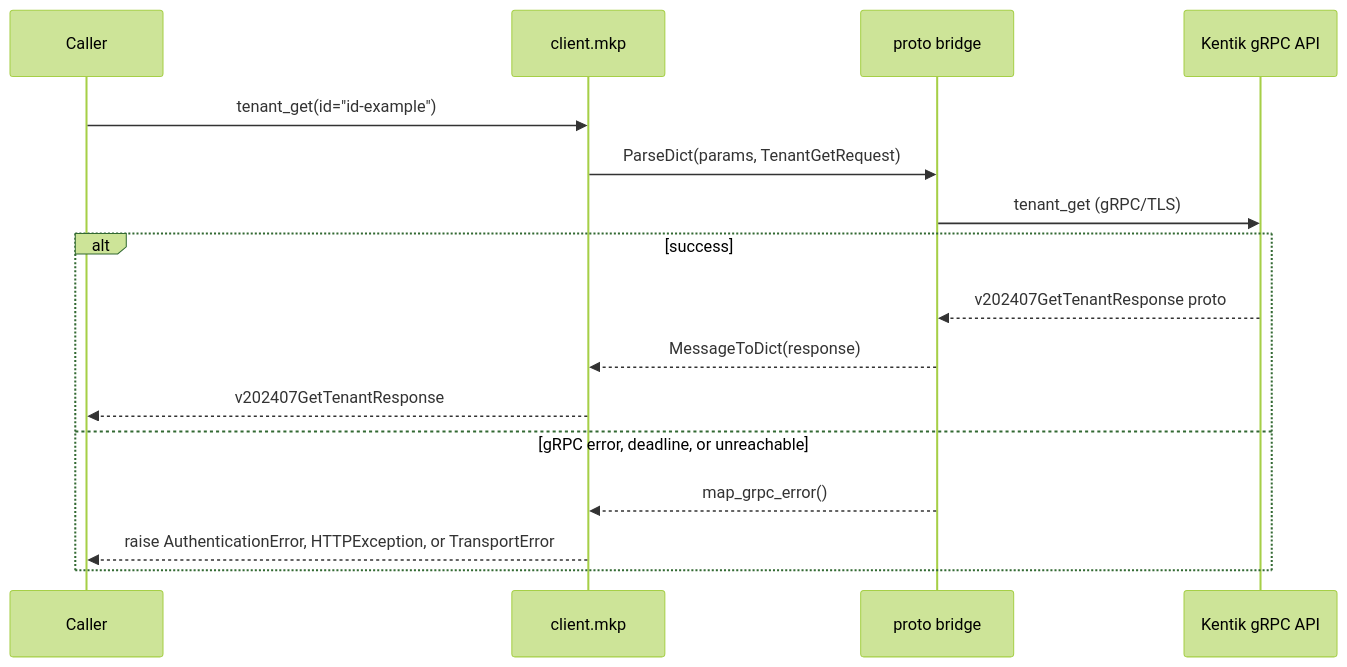
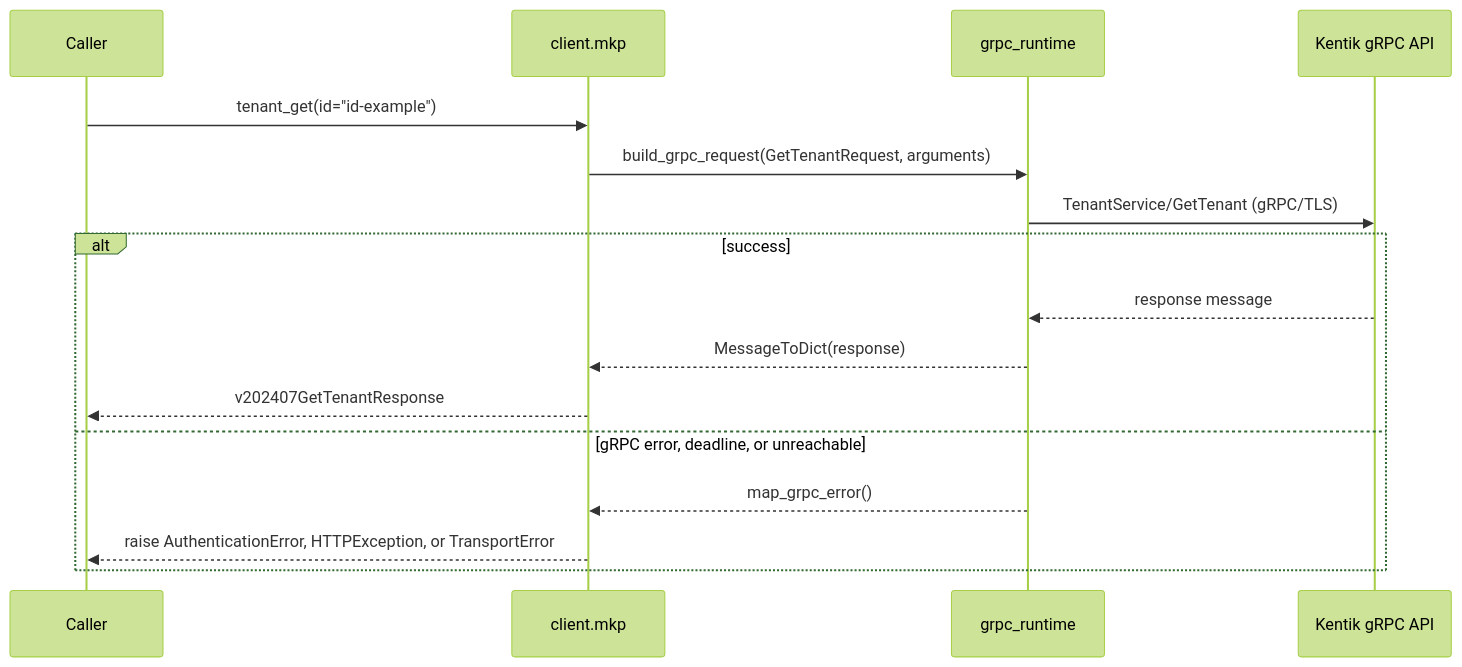
Diagram 17 of 30 in docs/sphinx/services/mkp.md (alexdearaujo/community_sdk_python), drawn with Mermaid (forest theme) before and after one commit. The commit also changed other lines of this file and 37 other files, not shown here.

First line of the commit message:
docs: show the real RPC in each service page's gRPC diagram

````diff
--- a/docs/sphinx/services/mkp.md
+++ b/docs/sphinx/services/mkp.md
@@ -579,19 +579,19 @@
 ```mermaid
 sequenceDiagram
     participant C as Caller
     participant W as client.mkp
-    participant B as proto bridge
+    participant R as grpc_runtime
     participant API as Kentik gRPC API
 
     C->>W: tenant_get(id="id-example")
-    W->>B: ParseDict(params, TenantGetRequest)
-    B->>API: tenant_get (gRPC/TLS)
+    W->>R: build_grpc_request(GetTenantRequest, arguments)
+    R->>API: TenantService/GetTenant (gRPC/TLS)
     alt success
-        API-->>B: v202407GetTenantResponse proto
-        B-->>W: MessageToDict(response)
+        API-->>R: response message
+        R-->>W: MessageToDict(response)
         W-->>C: v202407GetTenantResponse
     else gRPC error, deadline, or unreachable
-        B-->>W: map_grpc_error()
+        R-->>W: map_grpc_error()
         W-->>C: raise AuthenticationError, HTTPException, or TransportError
     end
 ```
````
